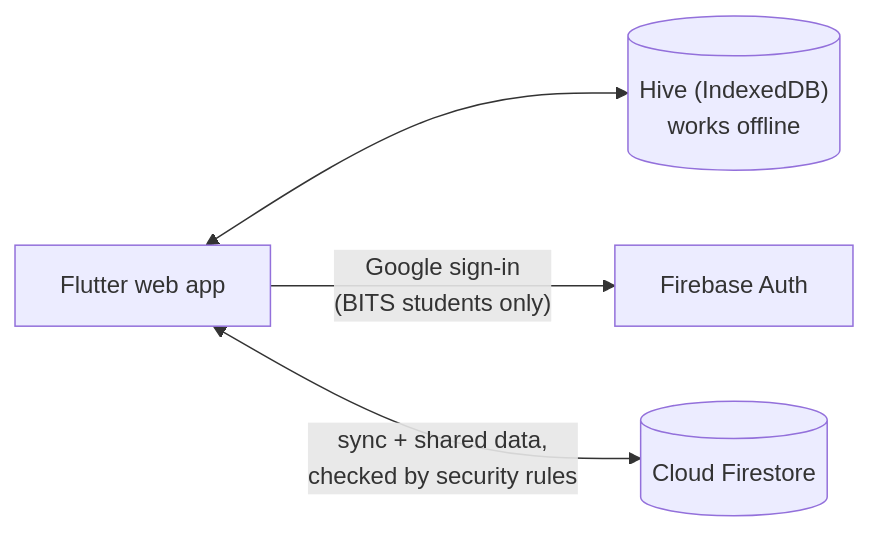
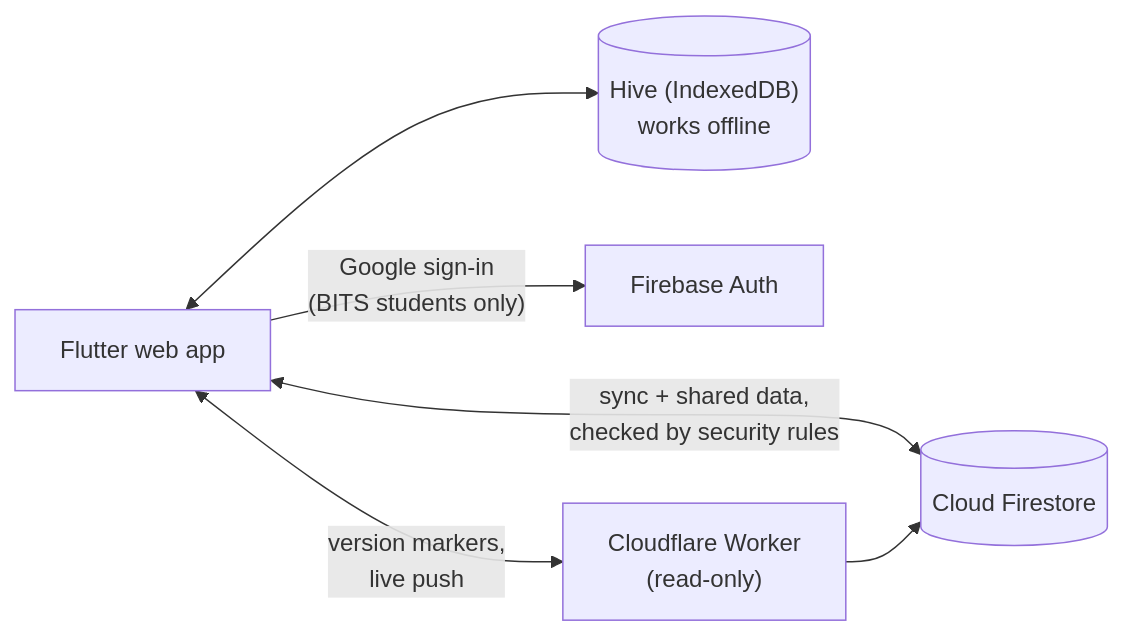
Before and after one commit to e-iotapi/CGPA_Calculator: the diagram in README.md, drawn with Mermaid. The commit also changed other lines of this file and 1345 other files, not shown here.

````diff
--- a/README.md
+++ b/README.md
@@ -63,6 +84,8 @@
 ```mermaid
 flowchart LR
   App["Flutter web app"] <--> Hive[("Hive (IndexedDB)<br/>works offline")]
   App -- "Google sign-in<br/>(BITS students only)" --> Auth["Firebase Auth"]
   App <-- "sync + shared data,<br/>checked by security rules" --> FS[("Cloud Firestore")]
+  App <-- "version markers,<br/>live push" --> W["Cloudflare Worker<br/>(read-only)"]
+  W --> FS
 ```
````
